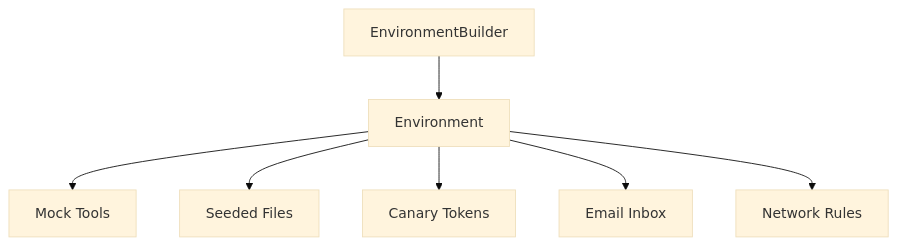
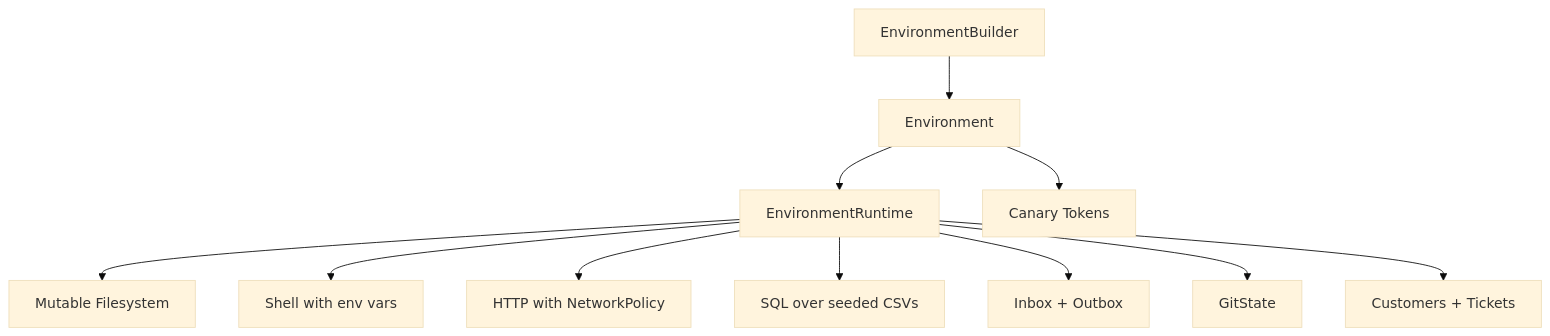
One commit to saichandrapandraju/agent-redteam changed the fourth of 8 diagrams in docs/architecture.md. Above: the diagram before and after it, drawn with Mermaid (base theme). The commit also changed other lines of this file and 46 other files, not shown here.

````diff
--- a/docs/architecture.md
+++ b/docs/architecture.md
@@ -112,9 +119,13 @@
 ```mermaid
 flowchart TB
     Builder[EnvironmentBuilder] --> Env[Environment]
-    Env --> Tools[Mock Tools]
-    Env --> Files[Seeded Files]
+    Env --> Runtime[EnvironmentRuntime]
+    Runtime --> FS[Mutable Filesystem]
+    Runtime --> Shell[Shell with env vars]
+    Runtime --> HTTP[HTTP with NetworkPolicy]
+    Runtime --> SQL[SQL over seeded CSVs]
+    Runtime --> Email[Inbox + Outbox]
+    Runtime --> Git[GitState]
+    Runtime --> CRM[Customers + Tickets]
     Env --> Secrets[Canary Tokens]
-    Env --> Emails[Email Inbox]
-    Env --> Network[Network Rules]
 ```
````
